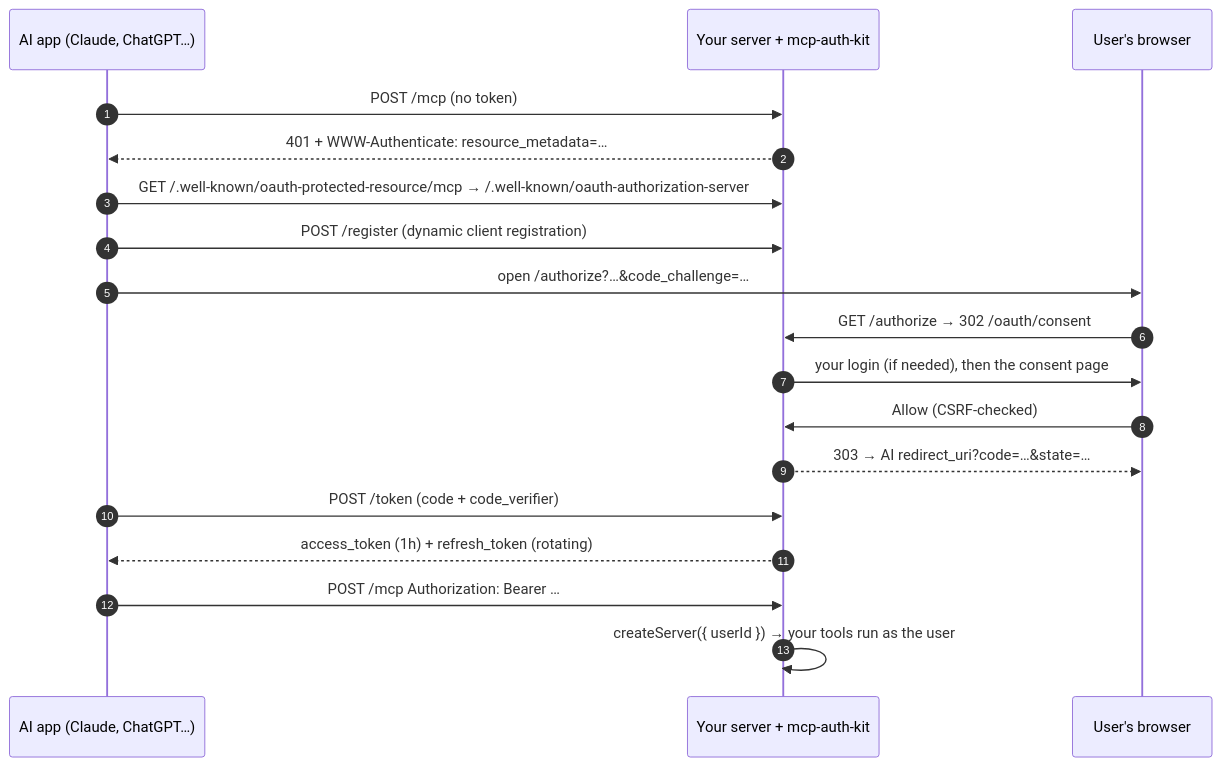
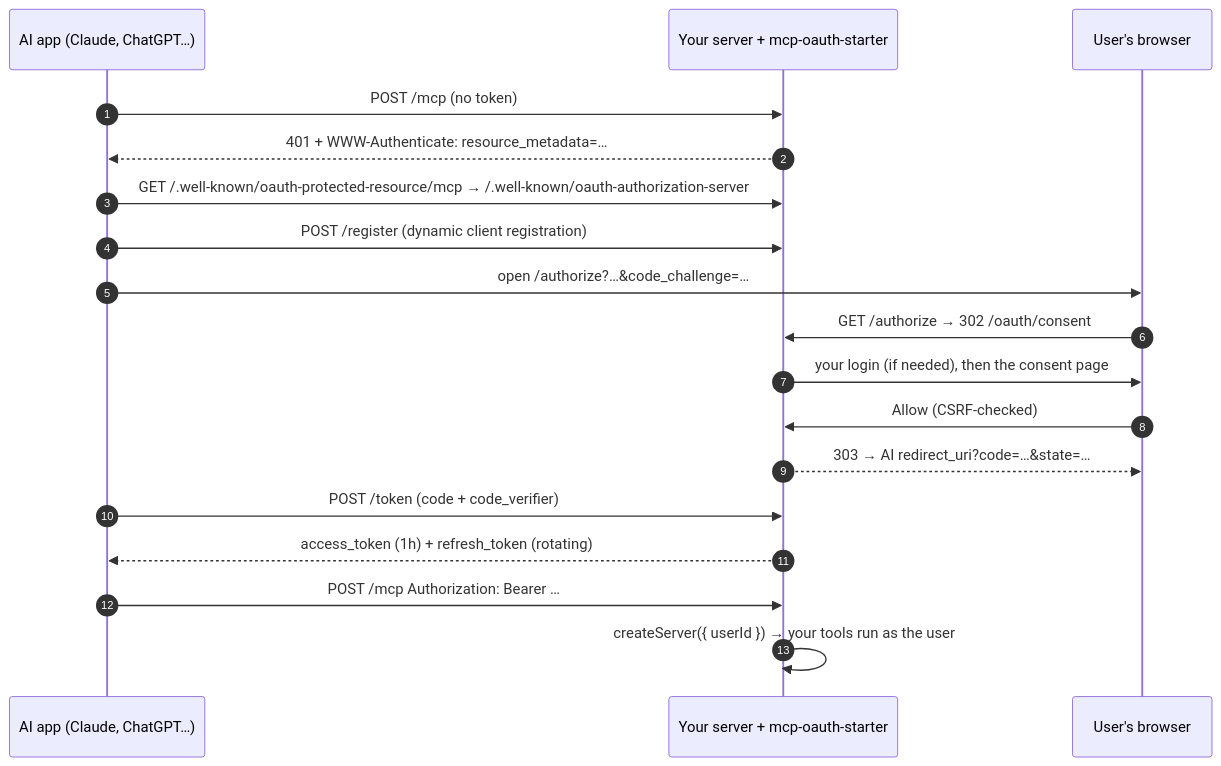
One commit to umesh-saini/mcp-auth-kit changed the diagram in README.md. Above: the diagram before and after it, drawn with Mermaid. The commit also changed other lines of this file and 9 other files, not shown here.

First line of the commit message:
Publish as mcp-oauth-starter

````diff
--- a/README.md
+++ b/README.md
@@ -106,21 +106,21 @@
 ```mermaid
 sequenceDiagram
     autonumber
     participant AI as AI app (Claude, ChatGPT…)
-    participant Kit as Your server + mcp-auth-kit
+    participant Kit as Your server + mcp-oauth-starter
     participant U as User's browser
 
     AI->>Kit: POST /mcp (no token)
     Kit-->>AI: 401 + WWW-Authenticate: resource_metadata=…
     AI->>Kit: GET /.well-known/oauth-protected-resource/mcp → /.well-known/oauth-authorization-server
     AI->>Kit: POST /register (dynamic client registration)
     AI->>U: open /authorize?…&code_challenge=…
     U->>Kit: GET /authorize → 302 /oauth/consent
     Kit->>U: your login (if needed), then the consent page
     U->>Kit: Allow (CSRF-checked)
     Kit-->>U: 303 → AI redirect_uri?code=…&state=…
     AI->>Kit: POST /token (code + code_verifier)
     Kit-->>AI: access_token (1h) + refresh_token (rotating)
     AI->>Kit: POST /mcp  Authorization: Bearer …
     Kit->>Kit: createServer({ userId }) → your tools run as the user
 ```
````
